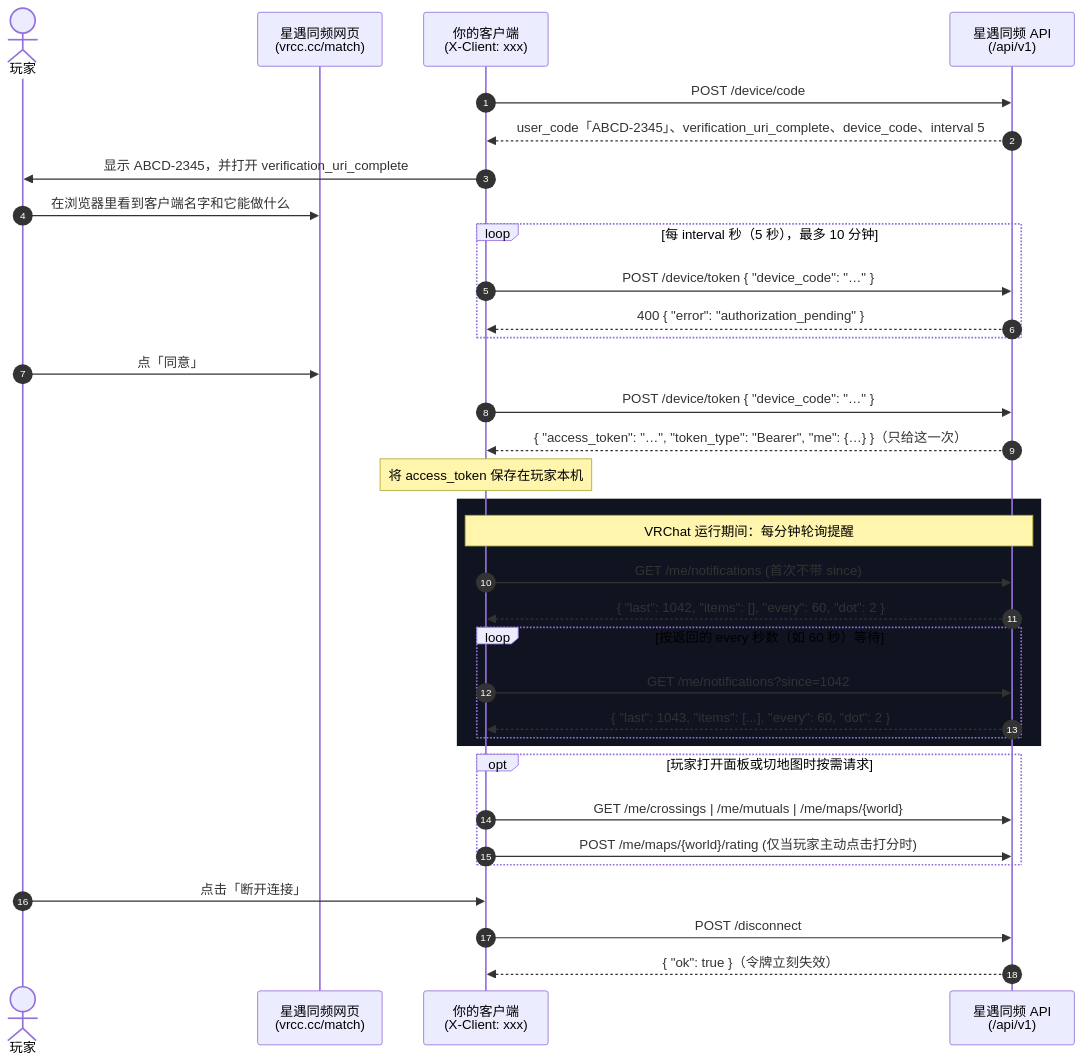
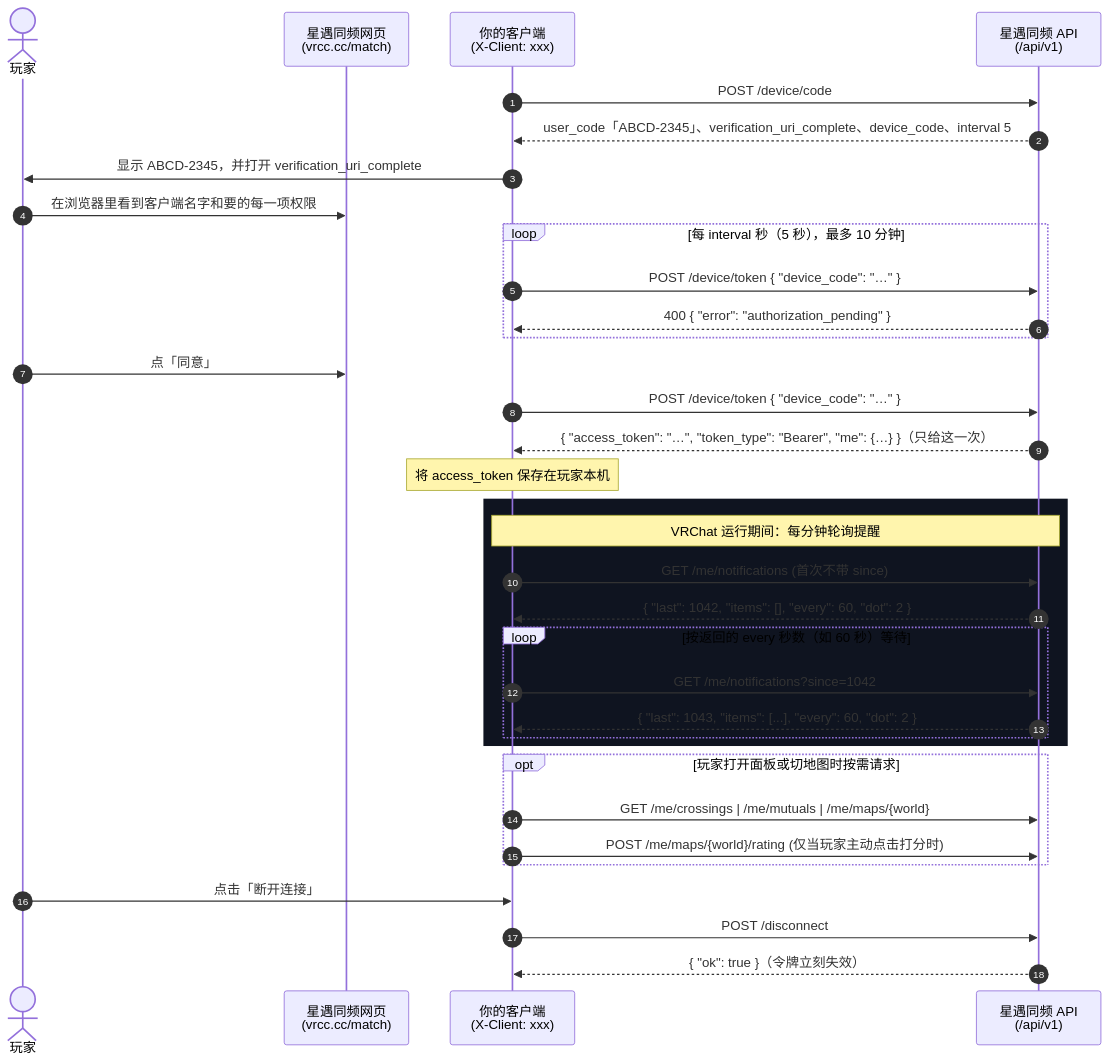
Before and after one commit to Duogeyu/xingyu-tongpin-api: the diagram in README.md, drawn with Mermaid. The commit also changed other lines of this file and 4 other files, not shown here.

First line of the commit message:
按项授权：权限 scope、星卡和我的地图评分

````diff
--- a/README.md
+++ b/README.md
@@ -130,40 +136,40 @@
 ```mermaid
 sequenceDiagram
     autonumber
     actor Player as 玩家
     participant Web as 星遇同频网页<br/>(vrcc.cc/match)
     participant App as 你的客户端<br/>(X-Client: xxx)
     participant API as 星遇同频 API<br/>(/api/v1)
 
     App->>API: POST /device/code
     API-->>App: user_code「ABCD-2345」、verification_uri_complete、device_code、interval 5
     App->>Player: 显示 ABCD-2345，并打开 verification_uri_complete
-    Player->>Web: 在浏览器里看到客户端名字和它能做什么
+    Player->>Web: 在浏览器里看到客户端名字和要的每一项权限
     loop 每 interval 秒（5 秒），最多 10 分钟
         App->>API: POST /device/token { "device_code": "…" }
         API-->>App: 400 { "error": "authorization_pending" }
     end
     Player->>Web: 点「同意」
     App->>API: POST /device/token { "device_code": "…" }
     API-->>App: { "access_token": "…", "token_type": "Bearer", "me": {…} }（只给这一次）
     Note over App: 将 access_token 保存在玩家本机
 
     rect rgb(15, 20, 32)
         Note over App,API: VRChat 运行期间：每分钟轮询提醒
         App->>API: GET /me/notifications (首次不带 since)
         API-->>App: { "last": 1042, "items": [], "every": 60, "dot": 2 }
         loop 按返回的 every 秒数（如 60 秒）等待
             App->>API: GET /me/notifications?since=1042
             API-->>App: { "last": 1043, "items": [...], "every": 60, "dot": 2 }
         end
     end
 
     opt 玩家打开面板或切地图时按需请求
         App->>API: GET /me/crossings | /me/mutuals | /me/maps/{world}
         App->>API: POST /me/maps/{world}/rating (仅当玩家主动点击打分时)
     end
 
     Player->>App: 点击「断开连接」
     App->>API: POST /disconnect
     API-->>App: { "ok": true }（令牌立刻失效）
 ```
````
